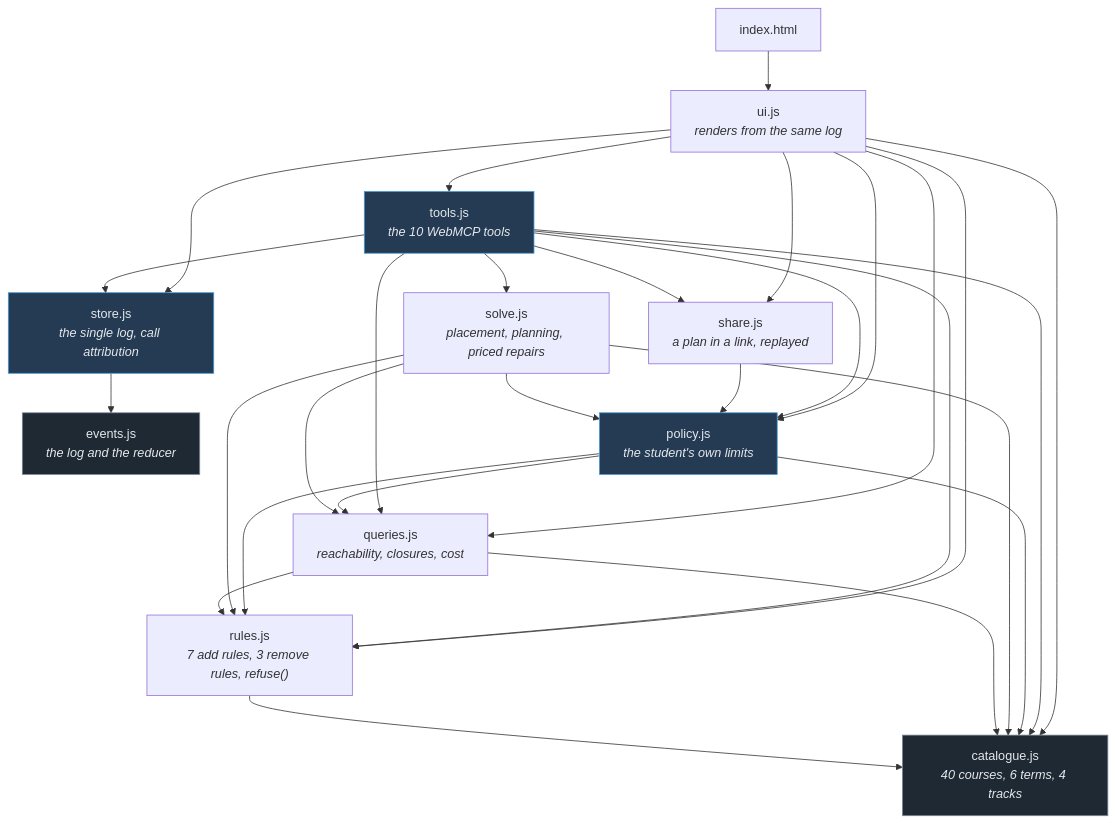
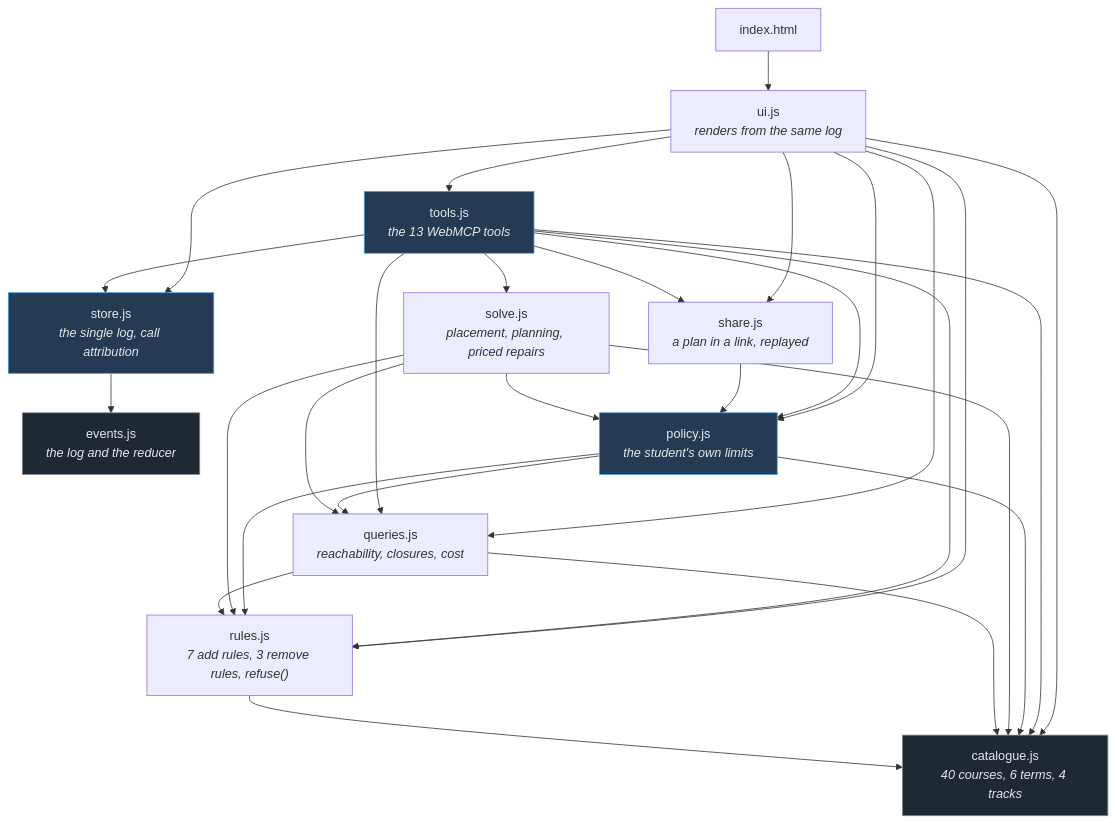
Before and after one commit to hvaler/cursus: the first of 2 diagrams in docs/ARCHITECTURE.md, drawn with Mermaid. The commit also changed 1 other file, not shown here.

Commit message:
the count check missed a number with a word in front of "tools"
ARCHITECTURE.md's module graph called tools.js "the 10 WebMCP tools" and had
since the day there were ten. The check that exists to make exactly this
impossible looked for "10 tools" adjacent, so "10 WebMCP tools" walked past it —
and it was inside a mermaid label, which is the part of a document nobody
rereads as prose.

Widening the pattern first, before correcting the number, so the test failed on
its own and named the line. It did.

````diff
--- a/docs/ARCHITECTURE.md
+++ b/docs/ARCHITECTURE.md
@@ -29,47 +29,47 @@
 ```mermaid
 graph TD
     catalogue["catalogue.js<br/><i>40 courses, 6 terms, 4 tracks</i>"]
     events["events.js<br/><i>the log and the reducer</i>"]
     rules["rules.js<br/><i>7 add rules, 3 remove rules, refuse()</i>"]
     queries["queries.js<br/><i>reachability, closures, cost</i>"]
     solve["solve.js<br/><i>placement, planning, priced repairs</i>"]
     policy["policy.js<br/><i>the student's own limits</i>"]
     share["share.js<br/><i>a plan in a link, replayed</i>"]
     store["store.js<br/><i>the single log, call attribution</i>"]
-    tools["tools.js<br/><i>the 10 WebMCP tools</i>"]
+    tools["tools.js<br/><i>the 13 WebMCP tools</i>"]
     ui["ui.js<br/><i>renders from the same log</i>"]
     page["index.html"]
 
     rules --> catalogue
     queries --> catalogue
     queries --> rules
     solve --> catalogue
     solve --> rules
     solve --> queries
     policy --> catalogue
     policy --> rules
     policy --> queries
     solve --> policy
     share --> policy
     tools --> share
     ui --> share
     store --> events
     tools --> policy
     tools --> catalogue
     tools --> rules
     tools --> queries
     tools --> solve
     tools --> store
     ui --> catalogue
     ui --> rules
     ui --> queries
     ui --> store
     ui --> policy
     ui --> tools
     page --> ui
 
     classDef leaf fill:#1f2933,stroke:#7b8794,color:#e4e7eb
     classDef core fill:#243b53,stroke:#4098d7,color:#e4e7eb
     class catalogue,events leaf
     class store,tools,policy core
 ```
````
